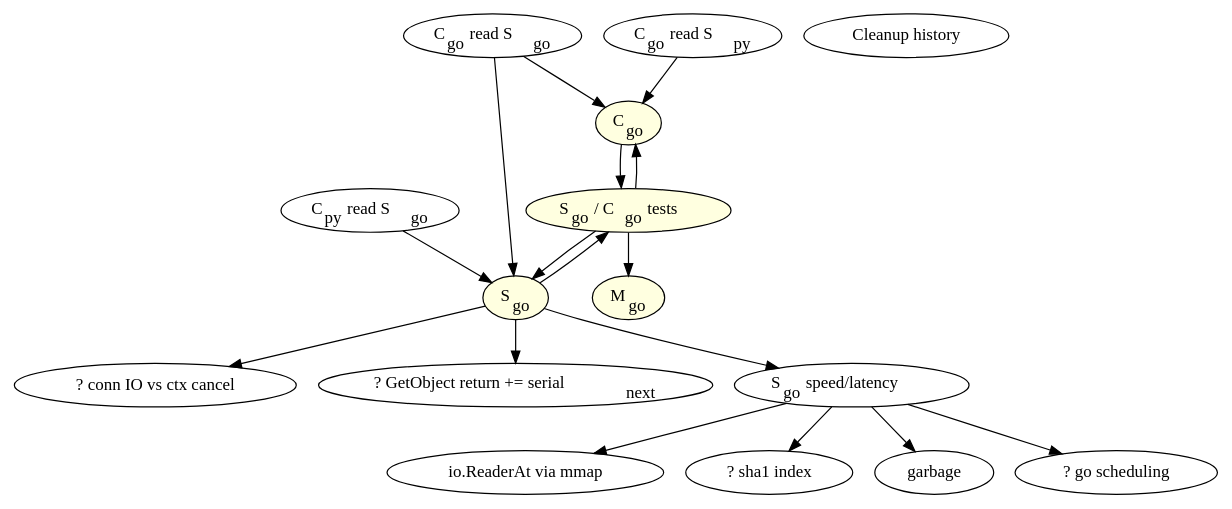
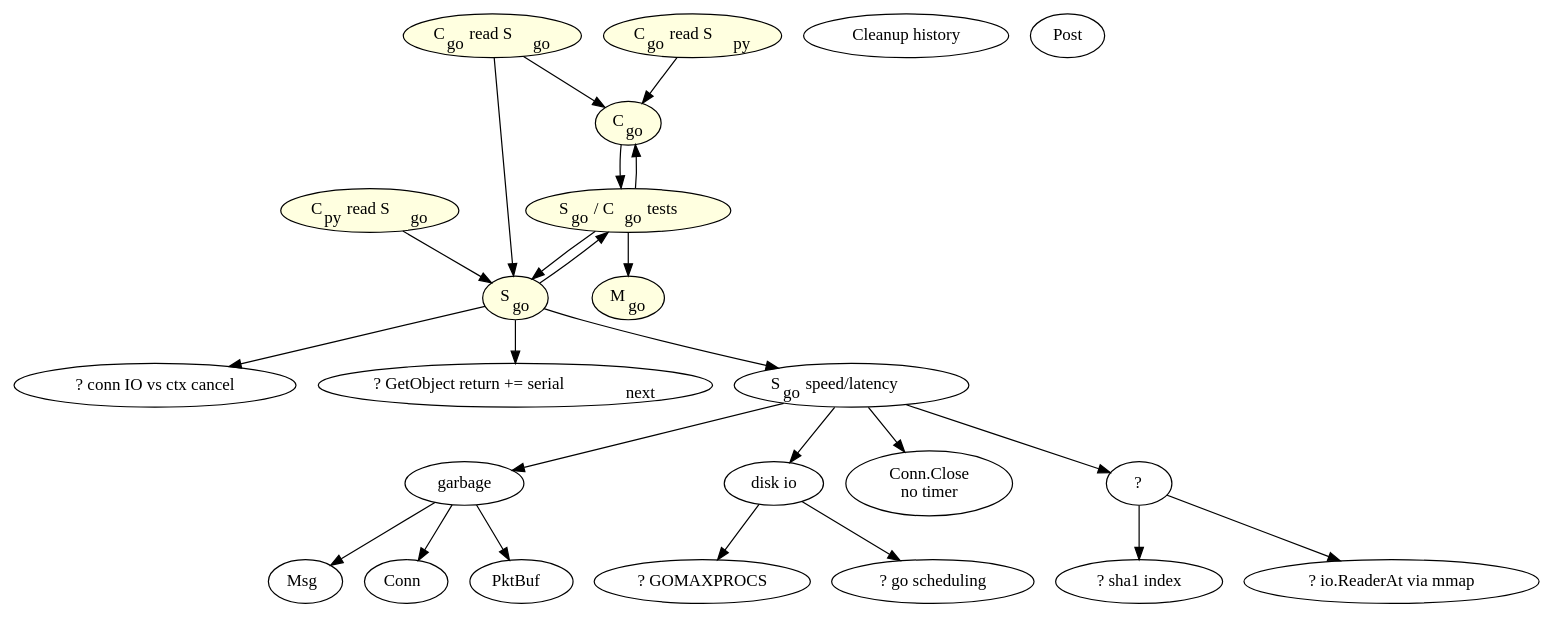
One commit to Nexedi/neoppod changed the diagram in go/todo.dot. Above: the diagram before and after it, drawn with Graphviz. The commit also changed 3 other files, not shown here.

```diff
--- a/go/todo.dot
+++ b/go/todo.dot
@@ -1,55 +1,79 @@
 digraph {
 	Cgo -> SCgo_t;
 	Sgo -> SCgo_t;
 
 	SCgo_t -> Mgo;
 	SCgo_t -> Sgo;
 	SCgo_t -> Cgo;
 
 	Sgo -> io_cancel;
 	Sgo -> load_serial_next;
 	Sgo -> Sgo_speed;
 
-	Sgo_speed -> Mmap_go;
-	Sgo_speed -> sha1_index;
 	//Sgo_speed -> B_link_recv;
 	Sgo_speed -> garbage;
-	Sgo_speed -> gosched;
+	//Sgo_speed -> gosched;
+	Sgo_speed -> diskio;
+	Sgo_speed -> ConnClose_notimer;
+
+	Sgo_speed -> QSgo_speed;
+
+	QSgo_speed -> Mmap_go;
+	QSgo_speed -> sha1_index;
+
+	garbage	-> pktbuf_alloc;
+	garbage -> msg_alloc;
+	garbage -> conn_alloc;
+
+	diskio	-> gosched;
+	diskio	-> GOMAXPROCS;
+
 
 	Cpy_r_Sgo -> Sgo;
 	//Cpy_r_Sgo -> Protog_fix;
 	//Cpy_r_Sgo -> Cpy_patch;
 	//Cpy_r_Sgo -> Mpy_vs_Sgo;
 
 	Cgo_r_Sgo -> Cgo;
 	Cgo_r_Sgo -> Sgo;		
 
 	Cgo_r_Spy -> Cgo;
 	//Cgo_r_Spy -> Protog_fix;
 
 
 	Cgo		[label=<C<sub>go</sub>> style=filled fillcolor=lightyellow];
 	Sgo		[label=<S<sub>go</sub>> style=filled fillcolor=lightyellow];
 	Mgo		[label=<M<sub>go</sub>> style=filled fillcolor=lightyellow];
 	SCgo_t		[label=<S<sub>go</sub>  / C<sub>go</sub>  tests> style=filled fillcolor=lightyellow];
 	Sgo_speed	[label=<S<sub>go</sub>  speed/latency>];
-	Cpy_r_Sgo	[label=<C<sub>py</sub>  read S<sub>go</sub>>];
-	Cgo_r_Sgo	[label=<C<sub>go</sub>  read S<sub>go</sub>>];
-	Cgo_r_Spy	[label=<C<sub>go</sub>  read S<sub>py</sub>>];
+	Cpy_r_Sgo	[label=<C<sub>py</sub>  read S<sub>go</sub>> style=filled fillcolor=lightyellow];
+	Cgo_r_Sgo	[label=<C<sub>go</sub>  read S<sub>go</sub>> style=filled fillcolor=lightyellow];
+	Cgo_r_Spy	[label=<C<sub>go</sub>  read S<sub>py</sub>> style=filled fillcolor=lightyellow];
 	Cleanup		[label="Cleanup history"];
+	Post		[label="Post"];
 	//Cpy_patch	[label=<py patch: ConnID py=go> style=filled fillcolor=lightyellow];	// C<sub>py</sub>  patch for ConnID interop. with S<sub>go</sub>>];
-	Mmap_go		[label="io.ReaderAt via mmap"];
+	Mmap_go		[label="? io.ReaderAt via mmap"];
 	//Protog_fix	[label="proto(go/py) compat fix" style=filled fillcolor=lightyellow];
 	//Mpy_vs_Sgo	[label=<M<sub>py</sub> vs S<sub>go</sub>: try/fix> style=filled fillcolor=lightyellow];
 
 	io_cancel		[label="? conn IO vs ctx cancel"];
 	load_serial_next	[label=<? GetObject return += serial<sub>next</sub>>];
 
 	sha1_index	[label="? sha1 index"];
 	//B_link_recv	[label="Bench link.Recv1/Ask1" style=filled fillcolor=lightyellow];
 	garbage		[label="garbage"];
 	gosched		[label="? go scheduling"];
 
 	//Cgo -> Cgo_tasks;
 	//Cgo_tasks	[label="- talkMaster\n- update nodeTab/partTab\n- dial S on demand\n..." style=filled fillcolor=lightyellow];
+
+	QSgo_speed	[label=<?>];
+
+	pktbuf_alloc	[label=<PktBuf>];
+	msg_alloc	[label=<Msg>];
+	conn_alloc	[label=<Conn>];
+
+	ConnClose_notimer	[label="Conn.Close\nno timer"];
+	diskio		[label="disk io"];
+	GOMAXPROCS	[label="? GOMAXPROCS"];
 }
```
